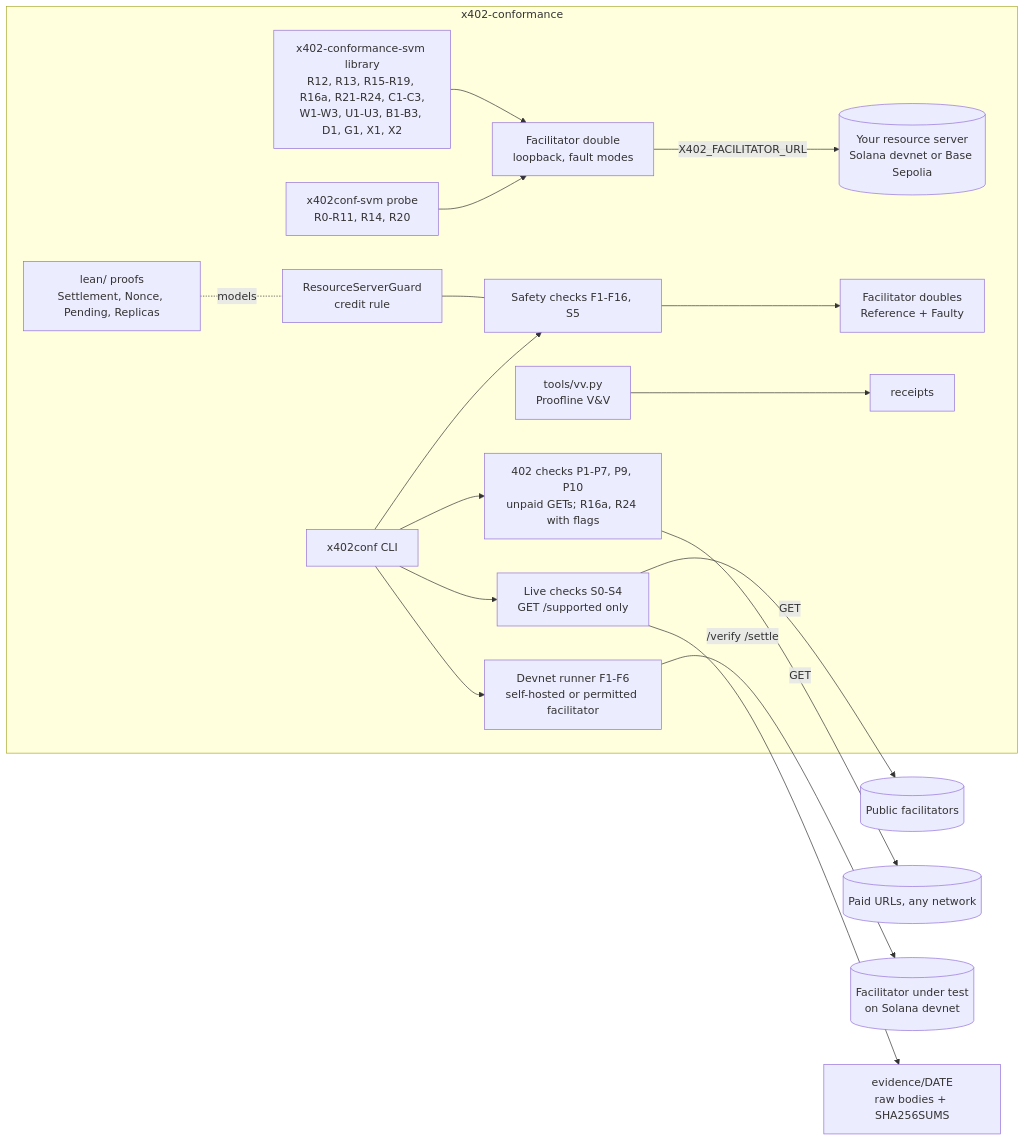
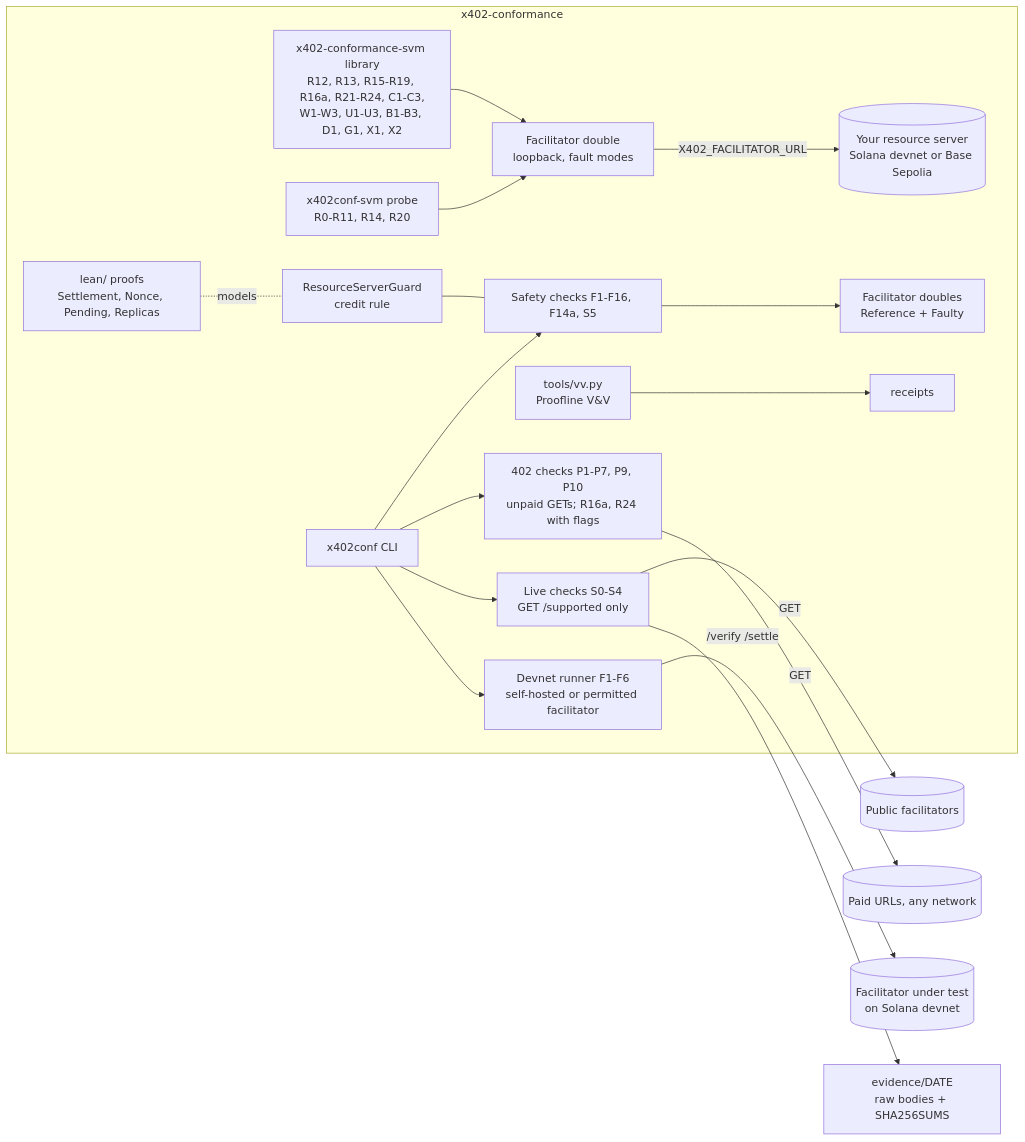
Before and after one commit to actions-marketplace-validations/atsp-protocol_x402-conformance: the diagram in docs/ARCHITECTURE.md, drawn with Mermaid. The commit also changed other lines of this file and 18 other files, not shown here.

````diff
--- a/docs/ARCHITECTURE.md
+++ b/docs/ARCHITECTURE.md
@@ -7,20 +7,20 @@
 ```mermaid
 flowchart LR
   subgraph suite[x402-conformance]
     CLI[x402conf CLI] --> LIVE[Live checks S0-S4<br/>GET /supported only]
     CLI --> RES[402 checks P1-P7, P9, P10<br/>unpaid GETs; R16a, R24 with flags]
     PROBE[x402conf-svm probe<br/>R0-R11, R14, R20] --> DBL[Facilitator double<br/>loopback, fault modes]
     LIB[x402-conformance-svm library<br/>R12, R13, R15-R19, R16a, R21-R24, C1-C3,<br/>W1-W3, U1-U3, B1-B3, D1, G1, X1, X2] --> DBL
     DBL -->|X402_FACILITATOR_URL| RS[(Your resource server<br/>Solana devnet or Base Sepolia)]
-    CLI --> OFF[Safety checks F1-F16, S5]
+    CLI --> OFF[Safety checks F1-F16, F14a, S5]
     OFF --> DOUBLES[Facilitator doubles<br/>Reference + Faulty]
     CLI --> DEVNET[Devnet runner F1-F6<br/>self-hosted or permitted facilitator]
     GUARD[ResourceServerGuard<br/>credit rule] --- OFF
     LEAN[lean/ proofs<br/>Settlement, Nonce, Pending, Replicas] -. models .- GUARD
     VV[tools/vv.py<br/>Proofline V&V] --> RCPT[receipts]
   end
   LIVE -->|GET| PUB[(Public facilitators)]
   RES -->|GET| PAID[(Paid URLs, any network)]
   DEVNET -->|/verify /settle| OWN[(Facilitator under test<br/>on Solana devnet)]
   LIVE --> EVID[evidence/DATE<br/>raw bodies + SHA256SUMS]
 ```
````
